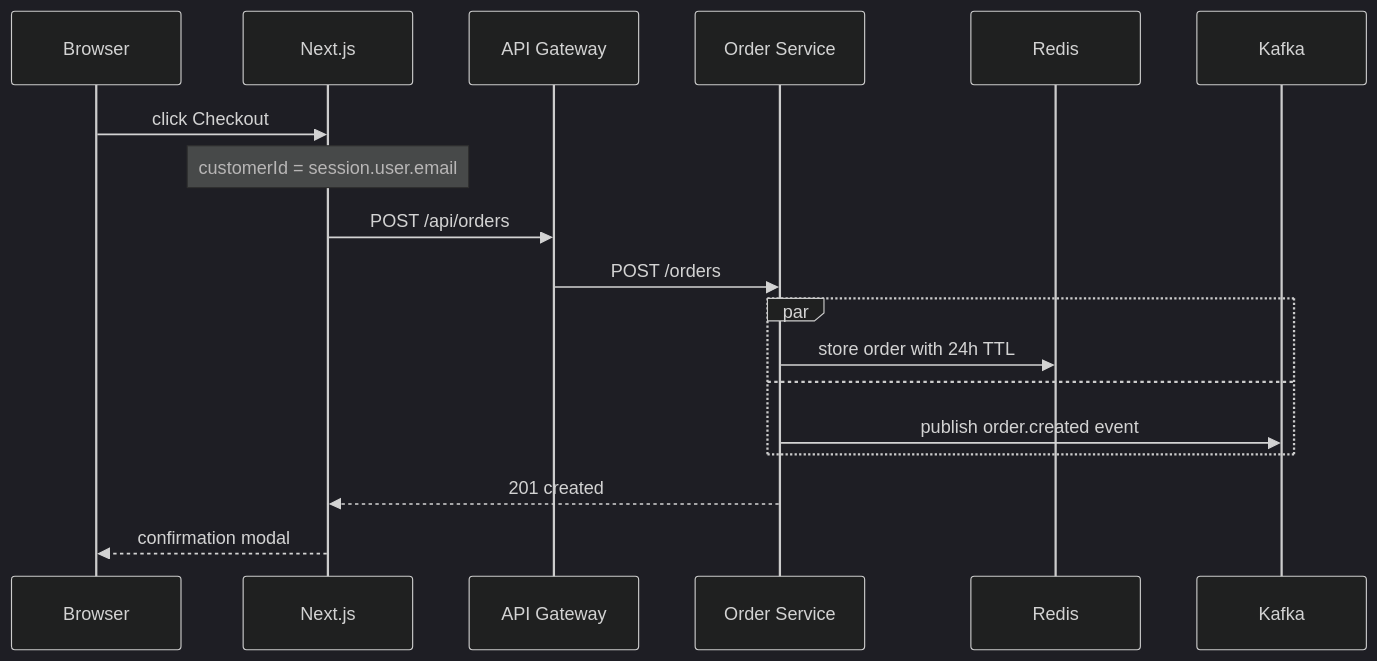
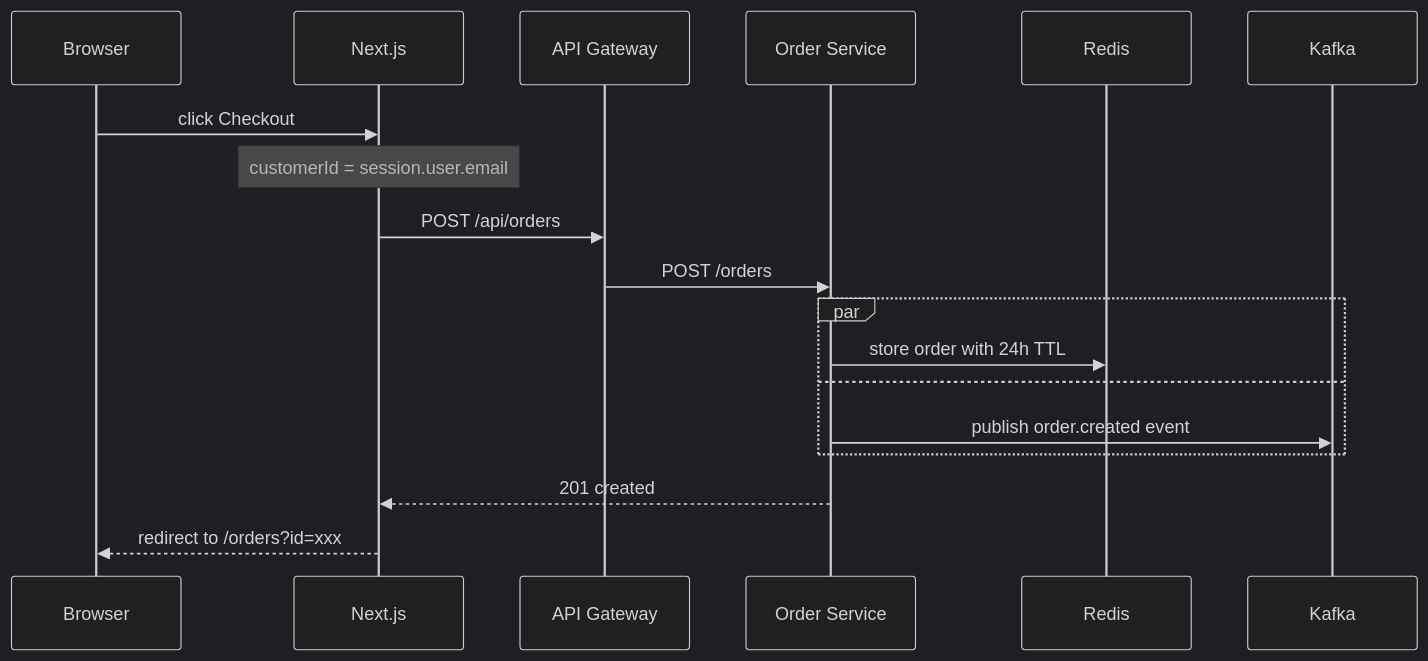
One commit to Nidhi-S12/cloudmart-frontend changed the third of 5 diagrams in README.md. Above: the diagram before and after it, drawn with Mermaid (dark theme). The commit also changed other lines of this file, not shown here.

````diff
--- a/README.md
+++ b/README.md
@@ -95,21 +100,21 @@
 ```mermaid
 sequenceDiagram
     participant B as Browser
     participant FE as Next.js
     participant GW as API Gateway
     participant OS as Order Service
     participant R as Redis
     participant K as Kafka
 
     B->>FE: click Checkout
     Note over FE: customerId = session.user.email
     FE->>GW: POST /api/orders
     GW->>OS: POST /orders
     par
         OS->>R: store order with 24h TTL
     and
         OS->>K: publish order.created event
     end
     OS-->>FE: 201 created
-    FE-->>B: confirmation modal
+    FE-->>B: redirect to /orders?id=xxx
 ```
````
